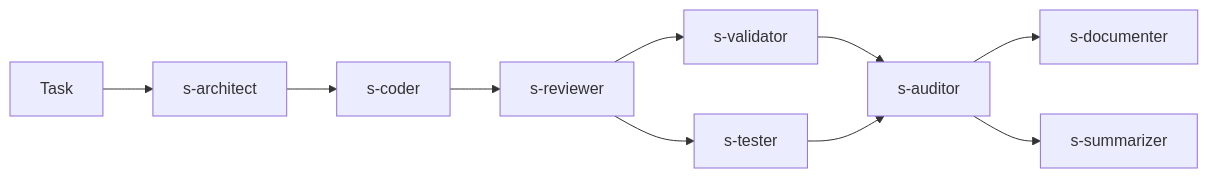
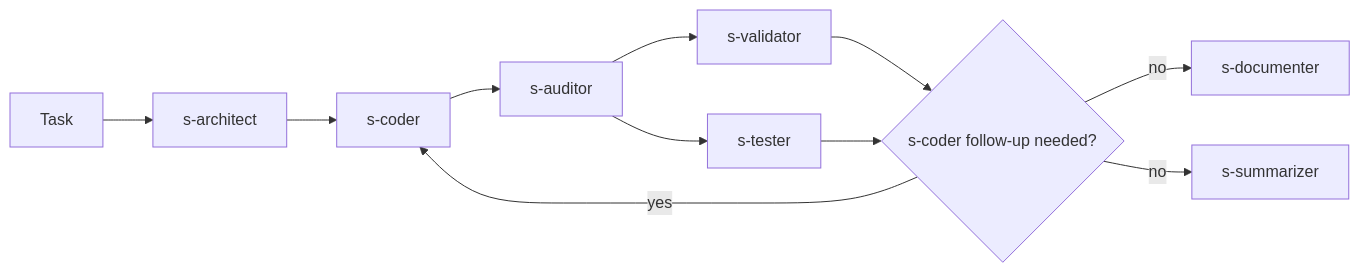
One commit to brama-ai/core changed the diagram in docs/guides/oh-my-opencode/en/oh-my-opencode.md. Above: the diagram before and after it, drawn with Mermaid. The commit also changed other lines of this file and 241 other files, not shown here.

````diff
--- a/docs/guides/oh-my-opencode/en/oh-my-opencode.md
+++ b/docs/guides/oh-my-opencode/en/oh-my-opencode.md
@@ -110,12 +115,13 @@
 ```mermaid
 flowchart LR
     A[Task] --> B[s-architect]
     B --> C[s-coder]
-    C --> D[s-reviewer]
+    C --> D[s-auditor]
     D --> E[s-validator]
     D --> F[s-tester]
-    E --> G[s-auditor]
+    E --> G{s-coder follow-up needed?}
     F --> G
-    G --> H[s-documenter]
-    G --> I[s-summarizer]
+    G -- yes --> C
+    G -- no --> H[s-documenter]
+    G -- no --> I[s-summarizer]
 ```
````
